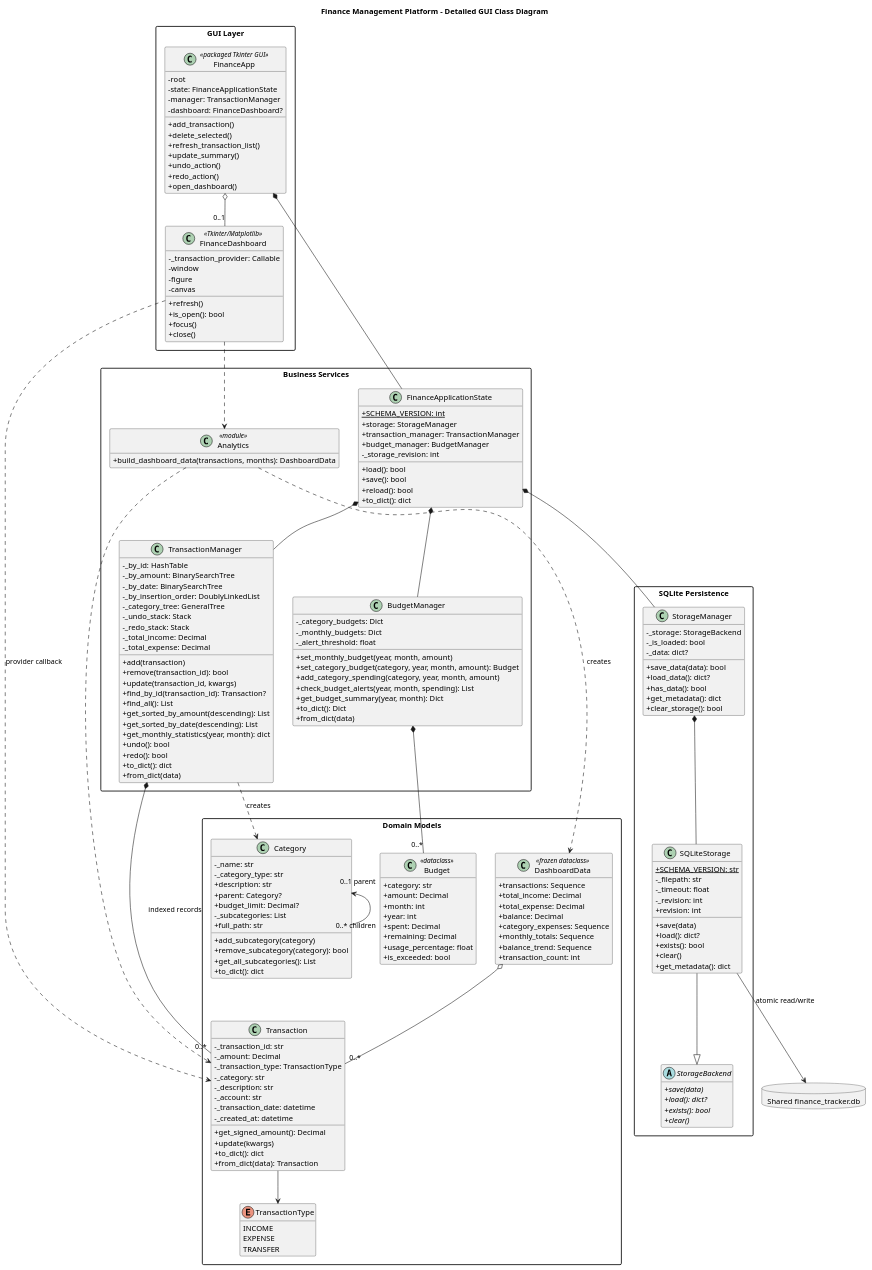
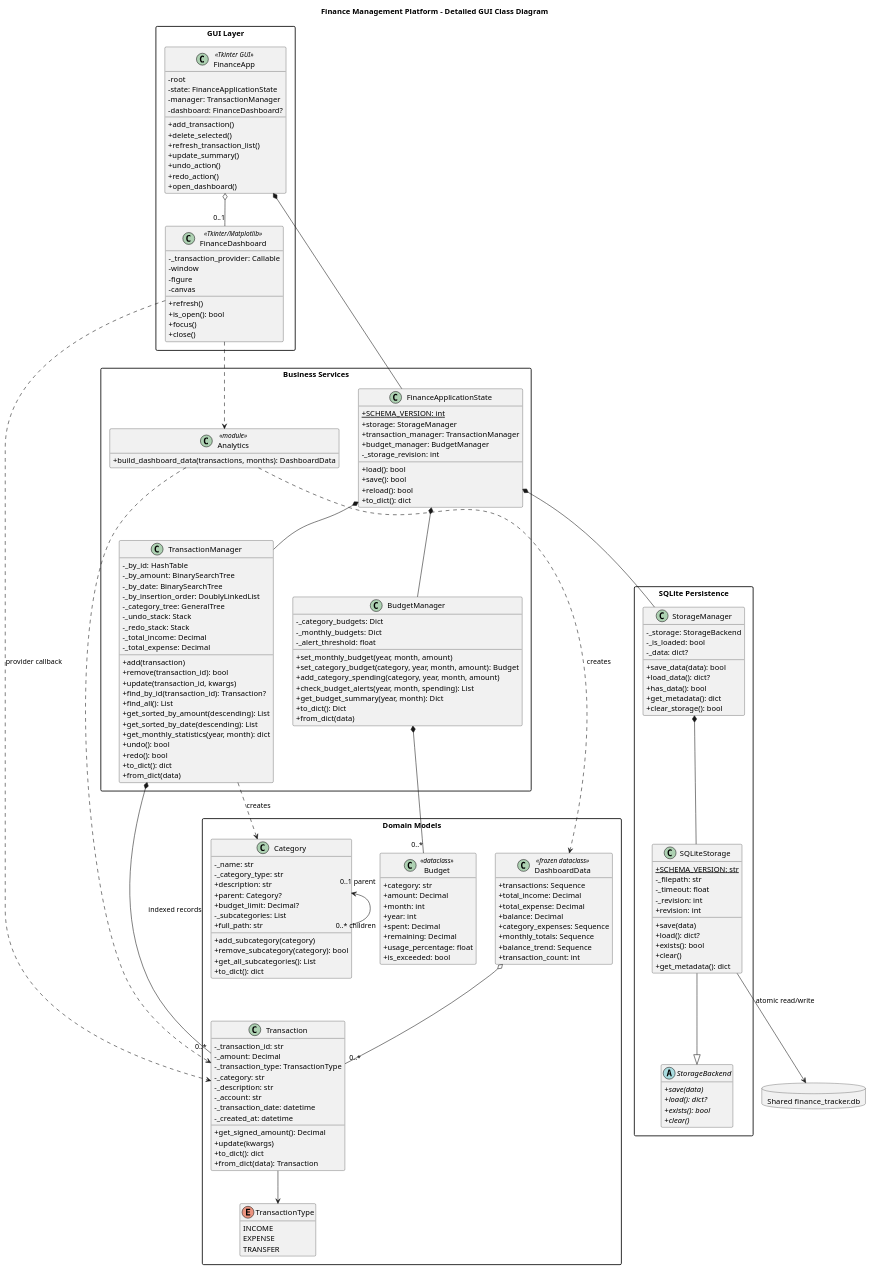
One commit to pasta1223/finance-tracker changed the diagram in docs/uml/04-detailed-class-diagram.puml. Above: the diagram before and after it, drawn with PlantUML. The commit also changed 52 other files, not shown here.

```diff
--- a/docs/uml/04-detailed-class-diagram.puml
+++ b/docs/uml/04-detailed-class-diagram.puml
@@ -9,7 +9,7 @@
 hide empty members
 
 package "GUI Layer" {
-  class FinanceApp <<packaged Tkinter GUI>> {
+  class FinanceApp <<Tkinter GUI>> {
     - root
     - state: FinanceApplicationState
     - manager: TransactionManager
```
